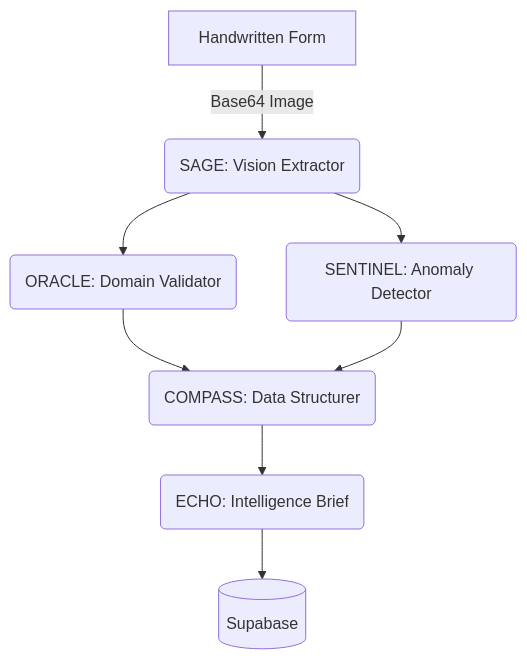
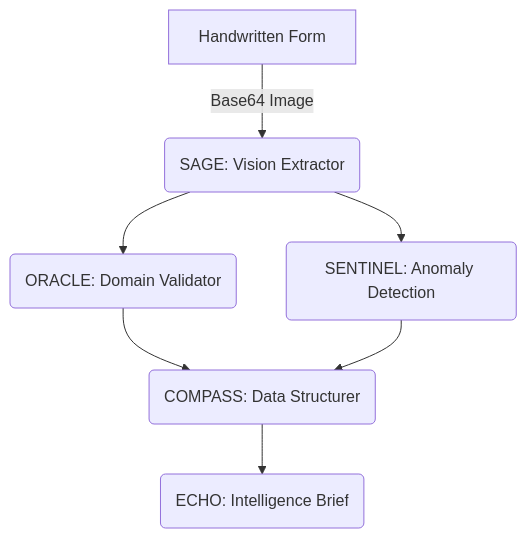
One commit to samarthsaxena2004/prism changed the first of 2 diagrams in README.md. Above: the diagram before and after it, drawn with Mermaid. The commit also changed other lines of this file, not shown here.

Commit message:
docs: update README to reflect dynamic agent swarm architectures and document the Clinical and Enterprise pipelines

````diff
--- a/README.md
+++ b/README.md
@@ -44,10 +47,9 @@
 ```mermaid
 graph TD
     A[Handwritten Form] -->|Base64 Image| B(SAGE: Vision Extractor)
     B --> C(ORACLE: Domain Validator)
-    B --> D(SENTINEL: Anomaly Detector)
+    B --> D(SENTINEL: Anomaly Detection)
     C --> E(COMPASS: Data Structurer)
     D --> E
     E --> F(ECHO: Intelligence Brief)
-    F --> G[(Supabase)]
 ```
````
